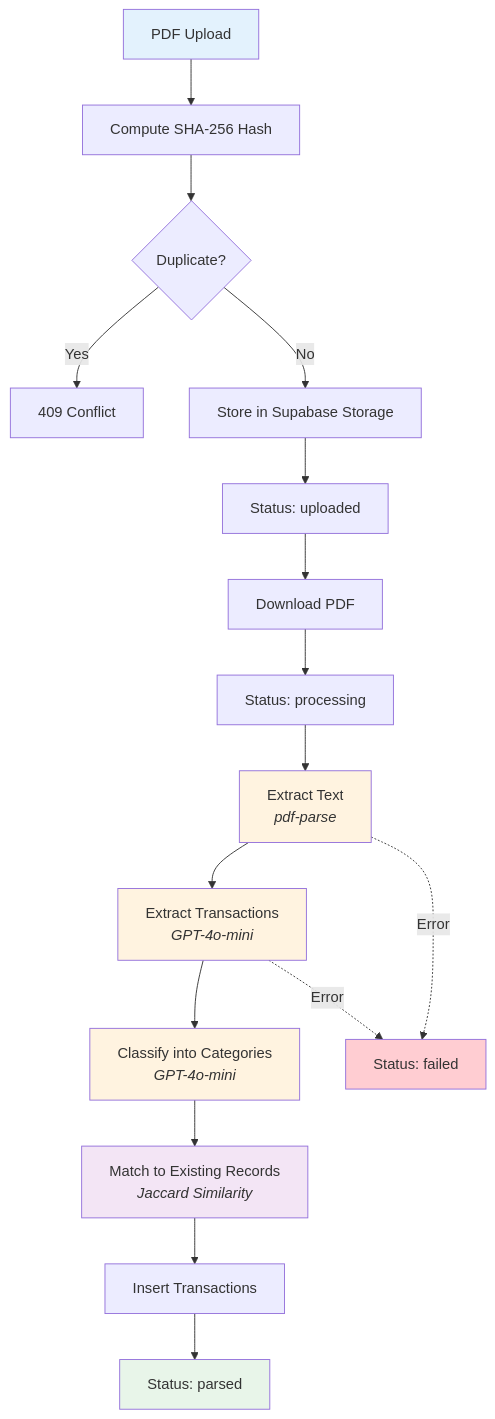
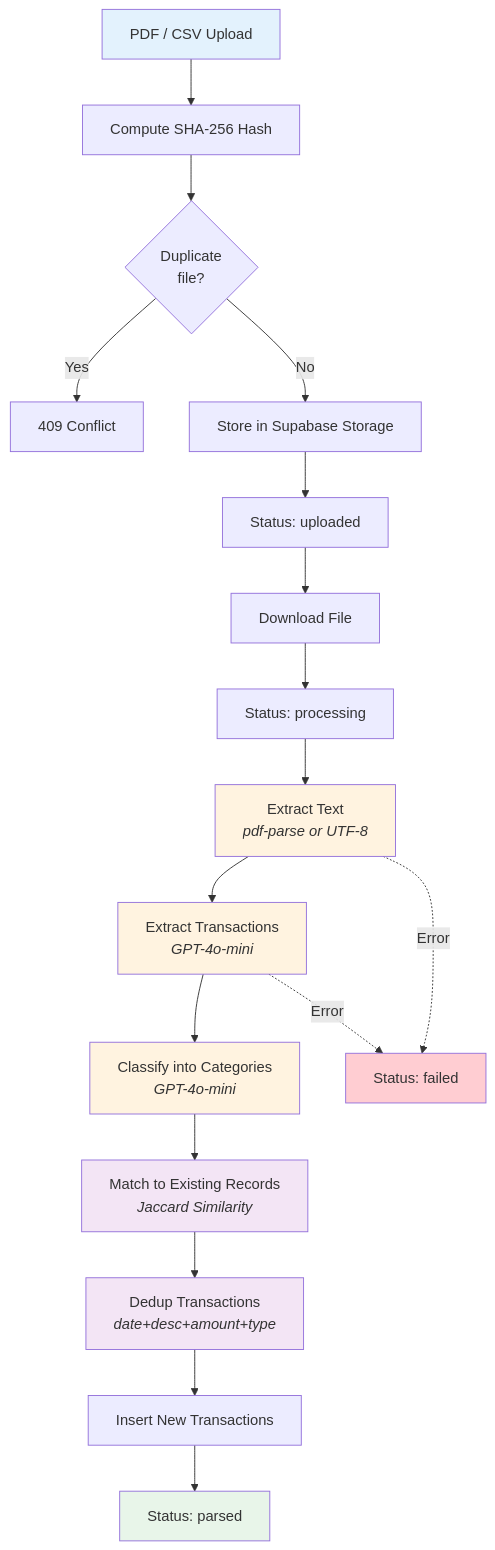
One commit to mjmitchell86/Spendoza changed the third of 4 diagrams in packages/api/README.md. Above: the diagram before and after it, drawn with Mermaid. The commit also changed other lines of this file and 2 other files, not shown here.

Commit message:
docs: update documentation for CSV upload support
Update all three READMEs to reflect CSV upload alongside PDF:
- Overview, pipeline diagram, feature list, DB schema, API endpoints
- Pipeline steps table now includes CSV text extraction and dedup
- Status labels show "Reading CSV" vs "Reading PDF" based on file type

````diff
--- a/packages/api/README.md
+++ b/packages/api/README.md
@@ -92,27 +92,29 @@
 ```mermaid
 flowchart TB
-    Upload[PDF Upload] --> Hash[Compute SHA-256 Hash]
-    Hash --> Dedup{Duplicate?}
+    Upload[PDF / CSV Upload] --> Hash[Compute SHA-256 Hash]
+    Hash --> Dedup{Duplicate<br/>file?}
     Dedup -->|Yes| Reject[409 Conflict]
     Dedup -->|No| Store[Store in Supabase Storage]
     Store --> Status1[Status: uploaded]
-    Status1 --> Download[Download PDF]
+    Status1 --> Download[Download File]
     Download --> Status2[Status: processing]
-    Status2 --> Extract[Extract Text<br/><i>pdf-parse</i>]
+    Status2 --> Extract[Extract Text<br/><i>pdf-parse or UTF-8</i>]
     Extract --> Parse[Extract Transactions<br/><i>GPT-4o-mini</i>]
     Parse --> Classify[Classify into Categories<br/><i>GPT-4o-mini</i>]
     Classify --> Match[Match to Existing Records<br/><i>Jaccard Similarity</i>]
-    Match --> Insert[Insert Transactions]
+    Match --> TxnDedup[Dedup Transactions<br/><i>date+desc+amount+type</i>]
+    TxnDedup --> Insert[Insert New Transactions]
     Insert --> Status3[Status: parsed]
 
     Extract -.->|Error| Failed[Status: failed]
     Parse -.->|Error| Failed
 
     style Upload fill:#e3f2fd
+    style TxnDedup fill:#f3e5f5
     style Extract fill:#fff3e0
     style Parse fill:#fff3e0
     style Classify fill:#fff3e0
     style Match fill:#f3e5f5
     style Status3 fill:#e8f5e9
     style Failed fill:#ffcdd2
 ```
````
